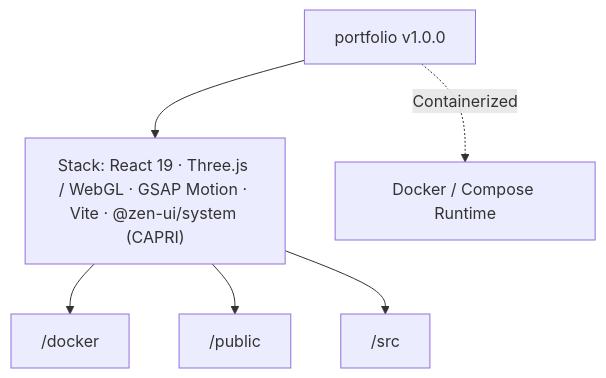
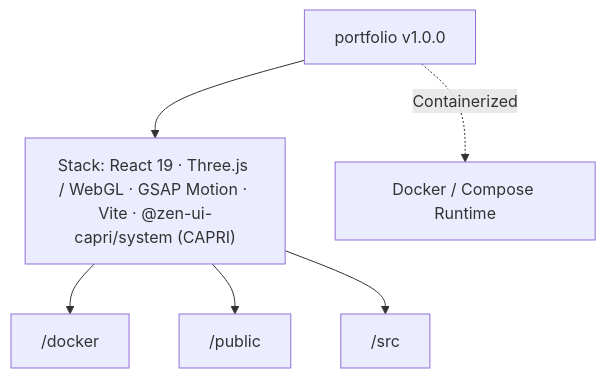
Before and after one commit to lukaspabst/portfolio-threebody: the diagram in docs/CAPRI-ARCHITECTURE.md, drawn with Mermaid. The commit also changed other lines of this file and 3 other files, not shown here.

Commit message:
chore(deps): sync @zen-ui-capri/system v1.1.5+ naming across portfolio showcase and docs

````diff
--- a/docs/CAPRI-ARCHITECTURE.md
+++ b/docs/CAPRI-ARCHITECTURE.md
@@ -27,14 +27,14 @@
 ```mermaid
 flowchart TD
   Repo["portfolio v1.0.0"]
-  Stack["Stack: React 19 · Three.js / WebGL · GSAP Motion · Vite · @zen-ui/system (CAPRI)"]
+  Stack["Stack: React 19 · Three.js / WebGL · GSAP Motion · Vite · @zen-ui-capri/system (CAPRI)"]
   Repo --> Stack
   N0_docker["/docker"]
   Stack --> N0_docker
   N1_public["/public"]
   Stack --> N1_public
   N2_src["/src"]
   Stack --> N2_src
   Docker["Docker / Compose Runtime"]
   Repo -.->|"Containerized"| Docker
 ```
````
